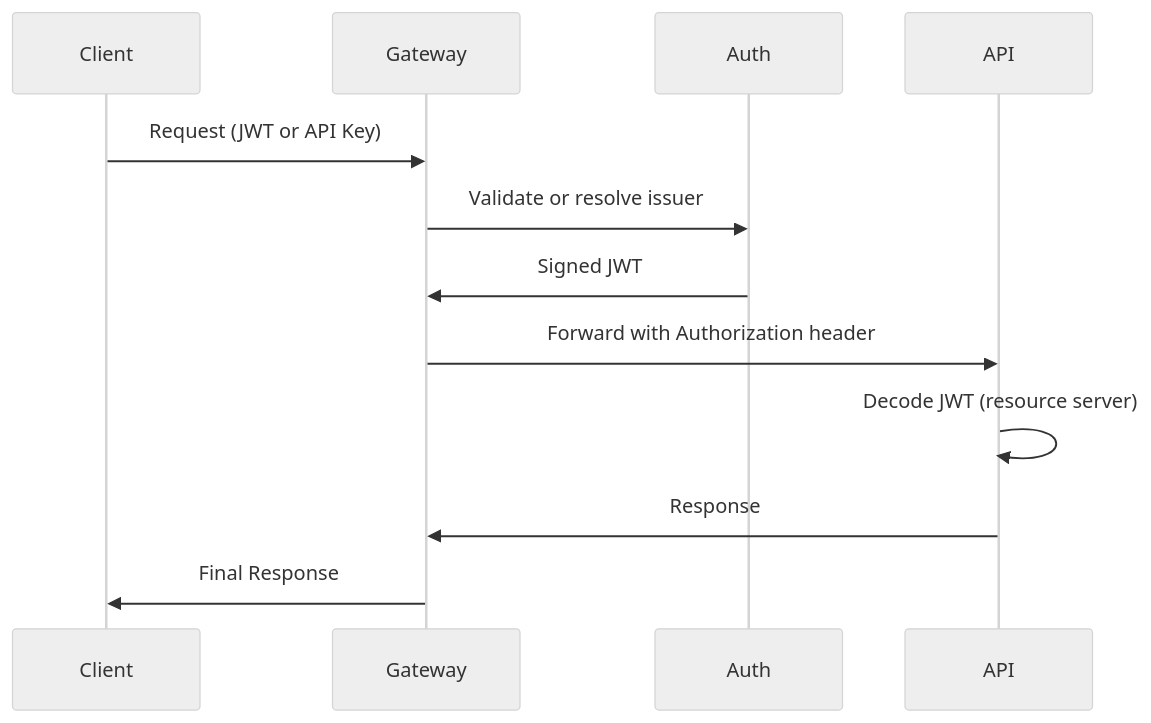
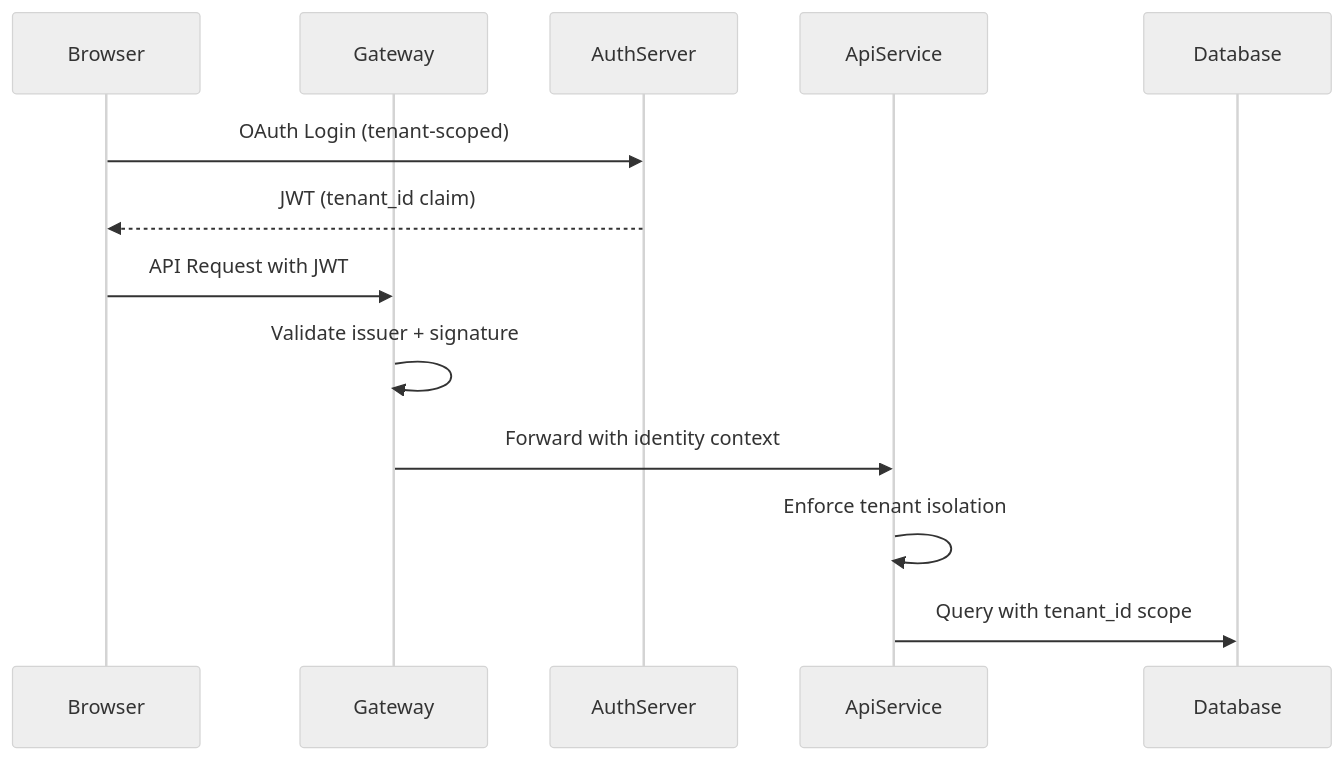
The second of 2 diagrams in README.md (Praesto-Pro/openframe-oss-tenant), drawn with Mermaid (neutral theme) before and after one commit. The commit also changed other lines of this file and 344 other files, not shown here.

````diff
--- a/README.md
+++ b/README.md
@@ -101,15 +119,16 @@
 ```mermaid
 sequenceDiagram
-    participant Client
+    participant Browser
     participant Gateway
-    participant Auth
-    participant API
+    participant AuthServer
+    participant ApiService
+    participant Database
 
-    Client->>Gateway: Request (JWT or API Key)
-    Gateway->>Auth: Validate or resolve issuer
-    Auth->>Gateway: Signed JWT
-    Gateway->>API: Forward with Authorization header
-    API->>API: Decode JWT (resource server)
-    API->>Gateway: Response
-    Gateway->>Client: Final Response
+    Browser->>AuthServer: OAuth Login (tenant-scoped)
+    AuthServer-->>Browser: JWT (tenant_id claim)
+    Browser->>Gateway: API Request with JWT
+    Gateway->>Gateway: Validate issuer + signature
+    Gateway->>ApiService: Forward with identity context
+    ApiService->>ApiService: Enforce tenant isolation
+    ApiService->>Database: Query with tenant_id scope
 ```
````
